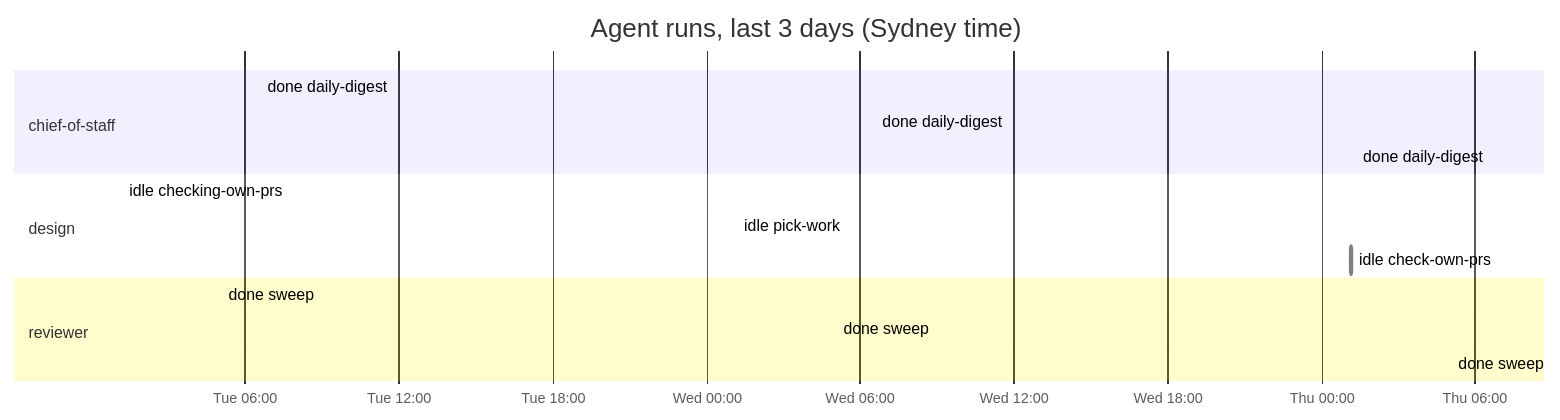
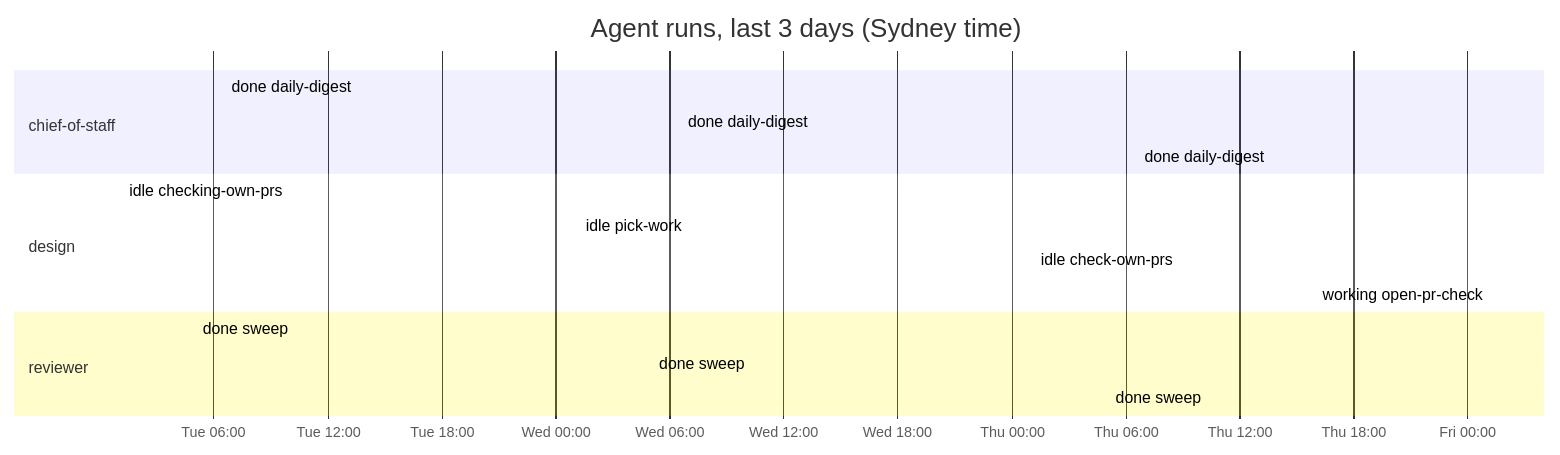
One commit to roulmediateam-byte/fifteen-expert-hq changed the diagram in dashboard.md. Above: the diagram before and after it, drawn with Mermaid. The commit also changed other lines of this file and 1 other file, not shown here.

````diff
--- a/dashboard.md
+++ b/dashboard.md
@@ -46,18 +46,19 @@
 ```mermaid
 gantt
     title Agent runs, last 3 days (Sydney time)
     dateFormat YYYY-MM-DD HH:mm
     axisFormat %a %H:%M
     section chief-of-staff
     done daily-digest :done, 2026-11-17 06:35, 2026-11-17 06:36
     done daily-digest :done, 2026-11-18 06:35, 2026-11-18 06:36
     done daily-digest :done, 2026-11-19 06:35, 2026-11-19 06:36
     section design
     idle checking-own-prs :done, 2026-11-17 01:12, 2026-11-17 01:12
     idle pick-work :done, 2026-11-18 01:11, 2026-11-18 01:11
     idle check-own-prs :done, 2026-11-19 01:10, 2026-11-19 01:11
+    working open-pr-check :active, 2026-11-20 01:10, 2026-11-20 01:11
     section reviewer
     done sweep :done, 2026-11-17 05:05, 2026-11-17 05:05
     done sweep :done, 2026-11-18 05:04, 2026-11-18 05:05
     done sweep :done, 2026-11-19 05:04, 2026-11-19 05:05
 ```
````
